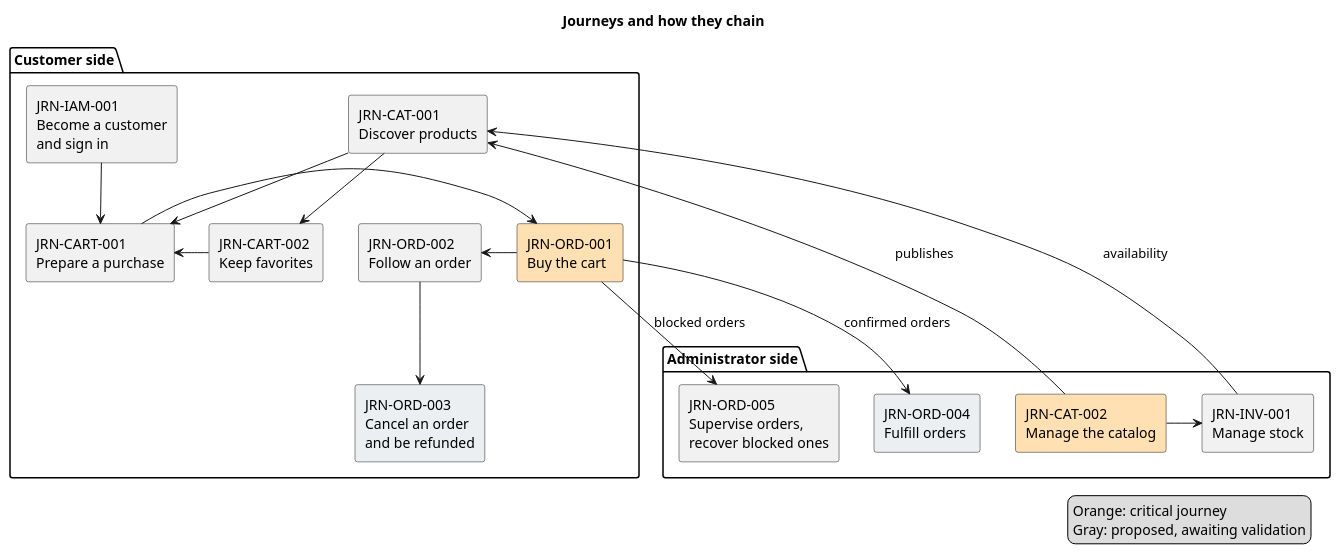
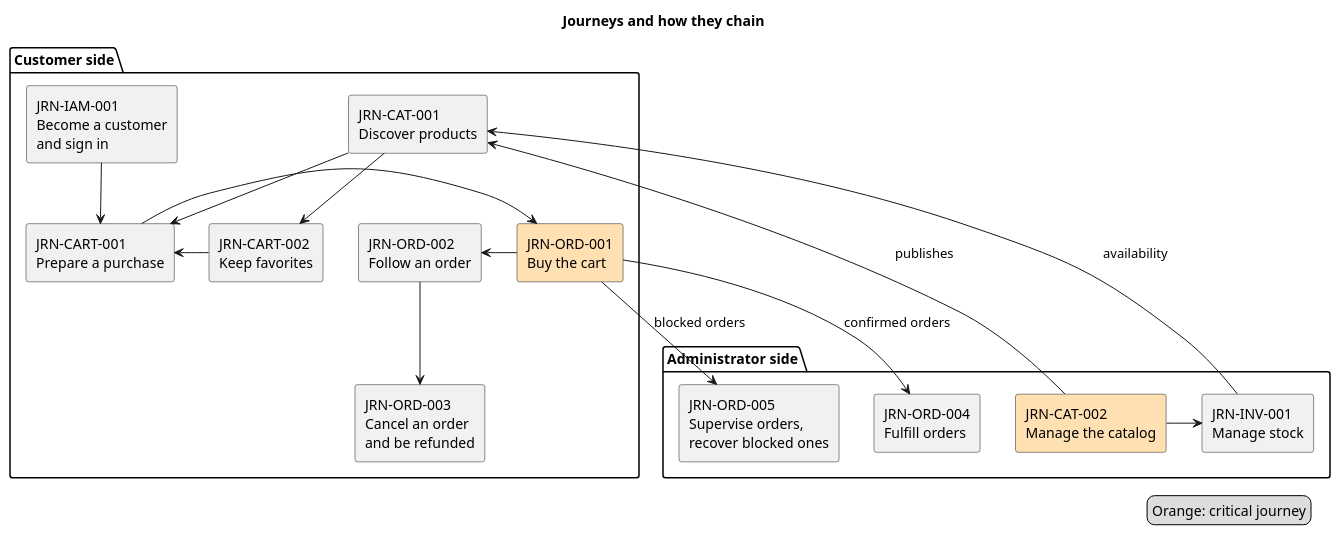
The diagram in doc/2-spec/01-business-needs/diagrams/journey-map.puml (AxeloLabs/alten-commerce-platform), drawn with PlantUML before and after one commit. The commit also changed 14 other files, not shown here.

```diff
--- a/doc/2-spec/01-business-needs/diagrams/journey-map.puml
+++ b/doc/2-spec/01-business-needs/diagrams/journey-map.puml
@@ -1,39 +1,38 @@
 @startuml
 title Journeys and how they chain
 
 package "Customer side" {
   rectangle "JRN-IAM-001\nBecome a customer\nand sign in" as IAM
   rectangle "JRN-CAT-001\nDiscover products" as DISC
   rectangle "JRN-CART-002\nKeep favorites" as FAV
   rectangle "JRN-CART-001\nPrepare a purchase" as CART
   rectangle "JRN-ORD-001\nBuy the cart" as BUY #FFE0B2
   rectangle "JRN-ORD-002\nFollow an order" as FOLLOW
-  rectangle "JRN-ORD-003\nCancel an order\nand be refunded" as CANCEL #ECEFF1
+  rectangle "JRN-ORD-003\nCancel an order\nand be refunded" as CANCEL
 }
 
 package "Administrator side" {
   rectangle "JRN-CAT-002\nManage the catalog" as CATALOG #FFE0B2
   rectangle "JRN-INV-001\nManage stock" as STOCK
-  rectangle "JRN-ORD-004\nFulfill orders" as FULFILL #ECEFF1
+  rectangle "JRN-ORD-004\nFulfill orders" as FULFILL
   rectangle "JRN-ORD-005\nSupervise orders,\nrecover blocked ones" as RECOVER
 }
 
 DISC -right-> CART
 IAM -down-> CART
 DISC -down-> FAV
 FAV -right-> CART
 CART -right-> BUY
 BUY -right-> FOLLOW
 FOLLOW -down-> CANCEL
 
 CATALOG -right-> STOCK
 CATALOG -up-> DISC : publishes
 STOCK -up-> DISC : availability
 BUY -down-> FULFILL : confirmed orders
 BUY -down-> RECOVER : blocked orders
 
 legend right
   Orange: critical journey
-  Gray: proposed, awaiting validation
 endlegend
 @enduml
```
